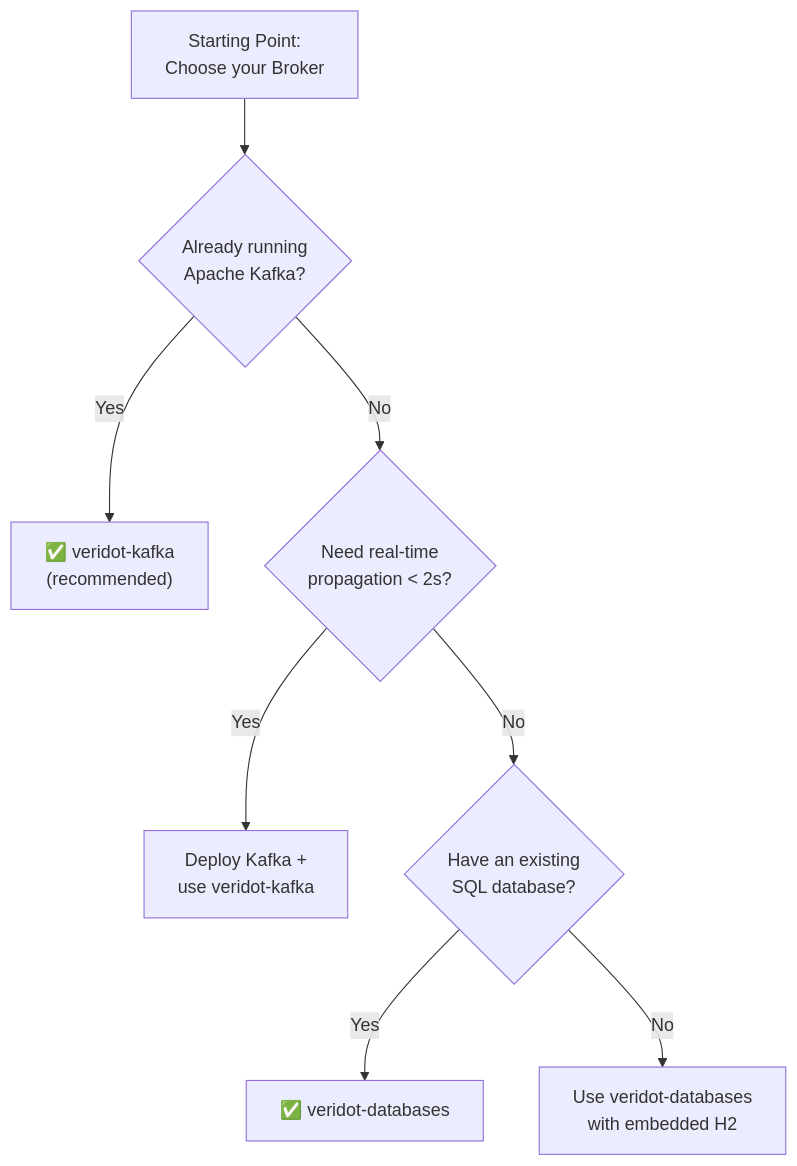
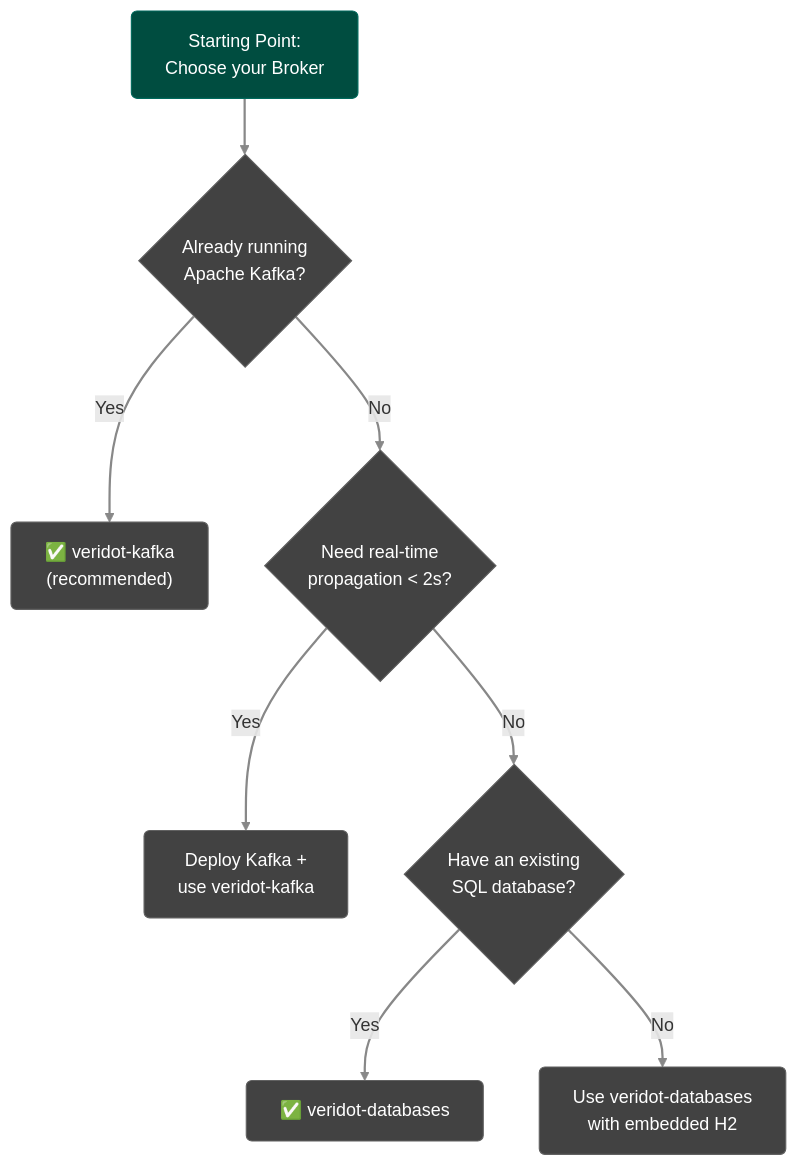
Before and after one commit to cyfko/veridot: the diagram in docs/docs/getting-started/choosing-a-broker.md, drawn with Mermaid. The commit also changed other lines of this file and 84 other files, not shown here.

Commit message:
docs: complete Protocol V5 documentation rewrite (including premium diagrams)

````diff
--- a/docs/docs/getting-started/choosing-a-broker.md
+++ b/docs/docs/getting-started/choosing-a-broker.md
@@ -22,11 +22,21 @@
 ```mermaid
 graph TD
+
+    %% Premium Theme
+    linkStyle default stroke:#888888,stroke-width:2px;
+    classDef default fill:#424242,stroke:#616161,stroke-width:1px,color:#fff,rx:5px,ry:5px;
+    classDef service fill:#4527a0,stroke:#5e35b1,stroke-width:1px,color:#fff,rx:5px,ry:5px;
+    classDef broker fill:#004d40,stroke:#00695c,stroke-width:1px,color:#fff,rx:5px,ry:5px;
+    classDef db fill:#bf360c,stroke:#d84315,stroke-width:1px,color:#fff,rx:5px,ry:5px;
+    classDef taas fill:#01579b,stroke:#0277bd,stroke-width:1px,color:#fff,rx:5px,ry:5px;
+
     A["Starting Point:<br/>Choose your Broker"] --> B{"Already running<br/>Apache Kafka?"}
     B -- "Yes" --> C["✅ veridot-kafka<br/>(recommended)"]
     B -- "No" --> D{"Need real-time<br/>propagation < 2s?"}
     D -- "Yes" --> E["Deploy Kafka +<br/>use veridot-kafka"]
     D -- "No" --> F{"Have an existing<br/>SQL database?"}
     F -- "Yes" --> G["✅ veridot-databases"]
     F -- "No" --> H["Use veridot-databases<br/>with embedded H2"]
+    class A broker;
 
 ```
````
